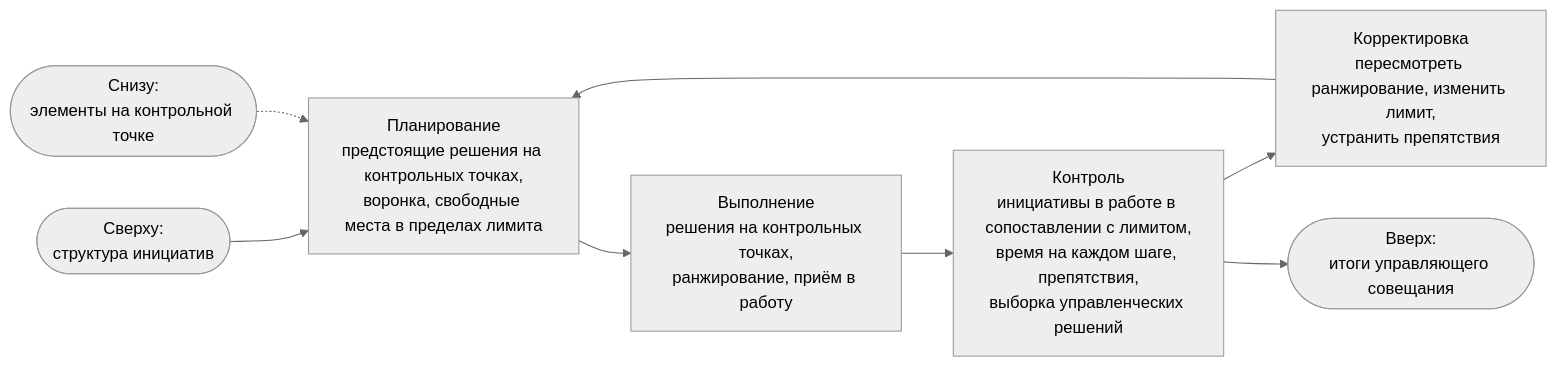
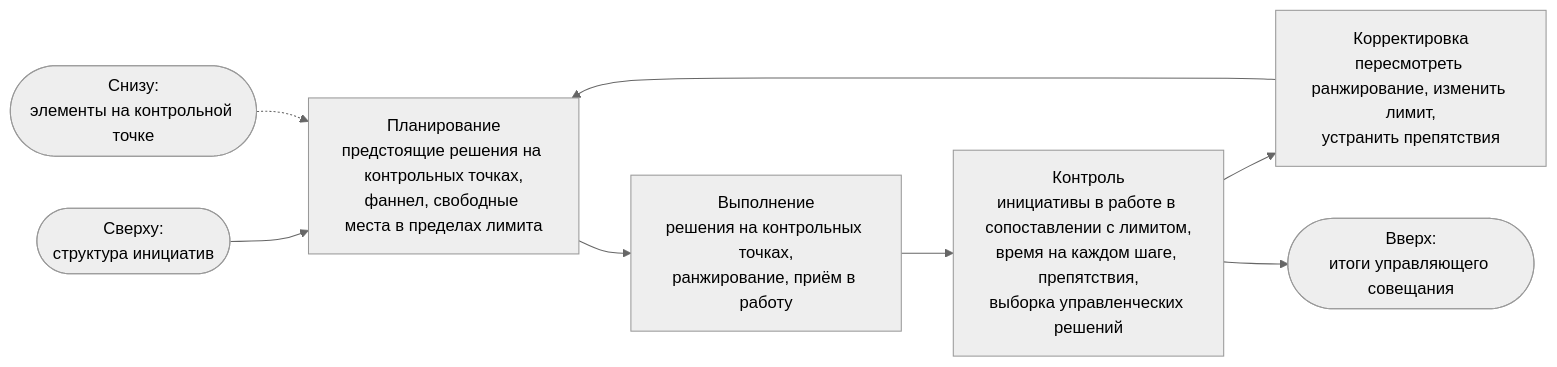
Before and after one commit to devhogu/ob-aicc: the fourth of 5 diagrams in portal/content/ru/portfolio/the-loops-and-governance.md, drawn with Mermaid (neutral theme). The commit also changed other lines of this file and 96 other files, not shown here.

First line of the commit message:
Russian edition: the portfolio Funnel is «фаннел», not «воронка»

````diff
--- a/portal/content/ru/portfolio/the-loops-and-governance.md
+++ b/portal/content/ru/portfolio/the-loops-and-governance.md
@@ -66,10 +66,10 @@
 ```mermaid
 flowchart LR
-  IN(["Сверху:<br/>структура инициатив"]) --> P["Планирование<br/>предстоящие решения на контрольных точках,<br/>воронка, свободные места в пределах лимита"]
+  IN(["Сверху:<br/>структура инициатив"]) --> P["Планирование<br/>предстоящие решения на контрольных точках,<br/>фаннел, свободные места в пределах лимита"]
   P --> D["Выполнение<br/>решения на контрольных точках,<br/>ранжирование, приём в работу"]
   D --> C["Контроль<br/>инициативы в работе в сопоставлении с лимитом,<br/>время на каждом шаге, препятствия,<br/>выборка управленческих решений"]
   C --> A["Корректировка<br/>пересмотреть ранжирование, изменить лимит,<br/>устранить препятствия"]
   A --> P
   EV(["Снизу:<br/>элементы на контрольной точке"]) -.-> P
   C --> OUT(["Вверх:<br/>итоги управляющего совещания"])
 ```
````
